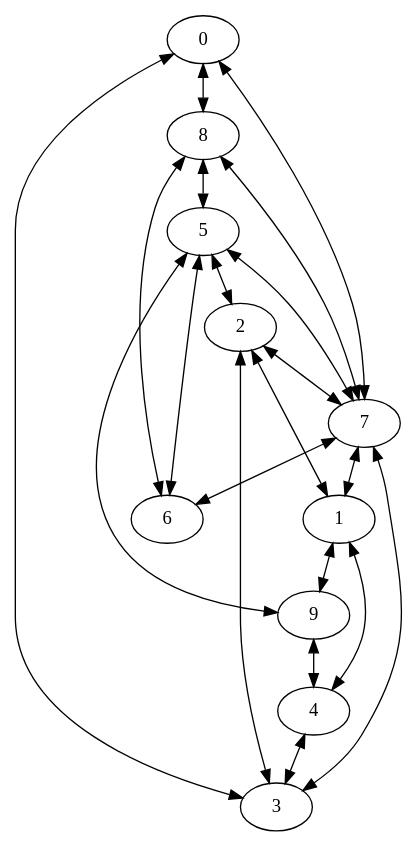
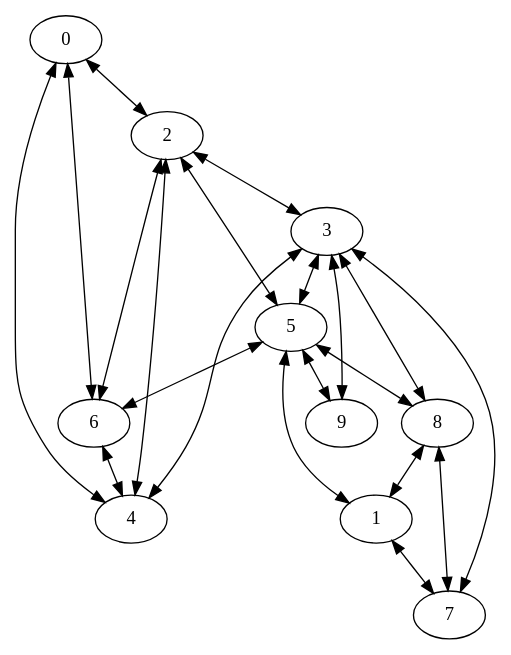
One commit to JacobStadler/city changed the diagram in Cities.gv. Above: the diagram before and after it, drawn with Graphviz. The commit also changed 2 other files, not shown here.

```diff
--- a/Cities.gv
+++ b/Cities.gv
@@ -1,32 +1,32 @@
 digraph Cities {
 	0 [label=0]
 	1 [label=1]
 	2 [label=2]
 	3 [label=3]
 	4 [label=4]
 	5 [label=5]
 	6 [label=6]
 	7 [label=7]
 	8 [label=8]
 	9 [label=9]
-	3 -> 0 [dir=both]
-	7 -> 0 [dir=both]
-	2 -> 1 [dir=both]
-	7 -> 1 [dir=both]
-	5 -> 2 [dir=both]
-	3 -> 2 [dir=both]
+	6 -> 0 [dir=both]
+	4 -> 0 [dir=both]
+	8 -> 1 [dir=both]
+	5 -> 1 [dir=both]
+	4 -> 2 [dir=both]
+	0 -> 2 [dir=both]
+	2 -> 3 [dir=both]
 	7 -> 3 [dir=both]
-	4 -> 3 [dir=both]
-	9 -> 4 [dir=both]
-	1 -> 4 [dir=both]
-	8 -> 5 [dir=both]
-	6 -> 5 [dir=both]
-	7 -> 6 [dir=both]
-	8 -> 6 [dir=both]
-	2 -> 7 [dir=both]
-	5 -> 7 [dir=both]
-	0 -> 8 [dir=both]
-	7 -> 8 [dir=both]
+	6 -> 4 [dir=both]
+	3 -> 4 [dir=both]
+	3 -> 5 [dir=both]
+	2 -> 5 [dir=both]
+	2 -> 6 [dir=both]
+	5 -> 6 [dir=both]
+	1 -> 7 [dir=both]
+	8 -> 7 [dir=both]
+	3 -> 8 [dir=both]
+	5 -> 8 [dir=both]
+	3 -> 9 [dir=both]
 	5 -> 9 [dir=both]
-	1 -> 9 [dir=both]
 }
```
